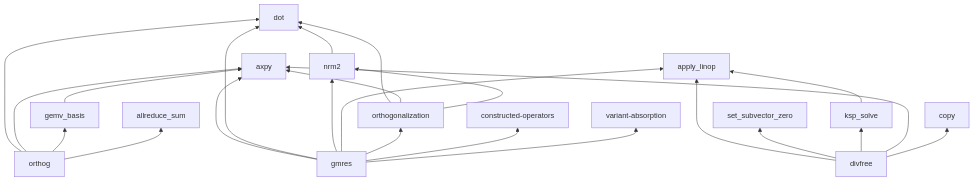
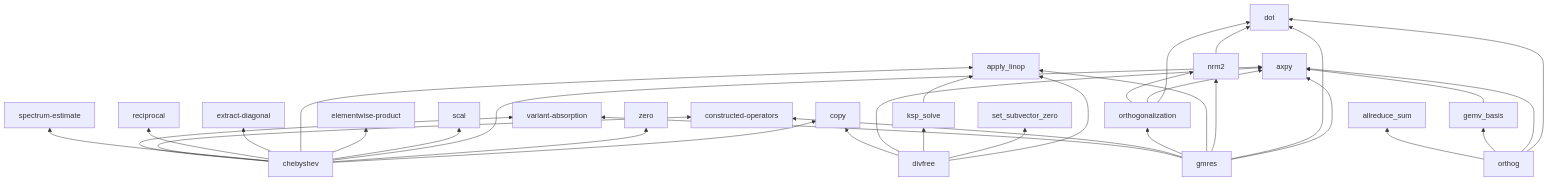
Before and after one commit to crutcher/palace_whiteroom: the third of 3 diagrams in book/src/concepts/dependency-map.md, drawn with Mermaid. The commit also changed 4 other files, not shown here.

````diff
--- a/book/src/concepts/dependency-map.md
+++ b/book/src/concepts/dependency-map.md
@@ -47,25 +47,36 @@
 ```mermaid
 graph BT
   orthog --> dot
   orthog --> axpy
   orthog --> gemv_basis
   orthog --> allreduce_sum
   gemv_basis --> axpy
   nrm2 --> dot
   orthogonalization --> dot
   orthogonalization --> axpy
   orthogonalization --> nrm2
   gmres --> axpy
   gmres --> dot
   gmres --> nrm2
   gmres --> apply_linop
   gmres --> orthogonalization
   gmres --> constructed-operators
   gmres --> variant-absorption
   ksp_solve --> apply_linop
   divfree --> apply_linop
   divfree --> set_subvector_zero
   divfree --> ksp_solve
   divfree --> axpy
   divfree --> copy
+  chebyshev --> copy
+  chebyshev --> zero
+  chebyshev --> axpy
+  chebyshev --> scal
+  chebyshev --> elementwise-product
+  chebyshev --> apply_linop
+  chebyshev --> extract-diagonal
+  chebyshev --> reciprocal
+  chebyshev --> spectrum-estimate
+  chebyshev --> constructed-operators
+  chebyshev --> variant-absorption
 ```
````
